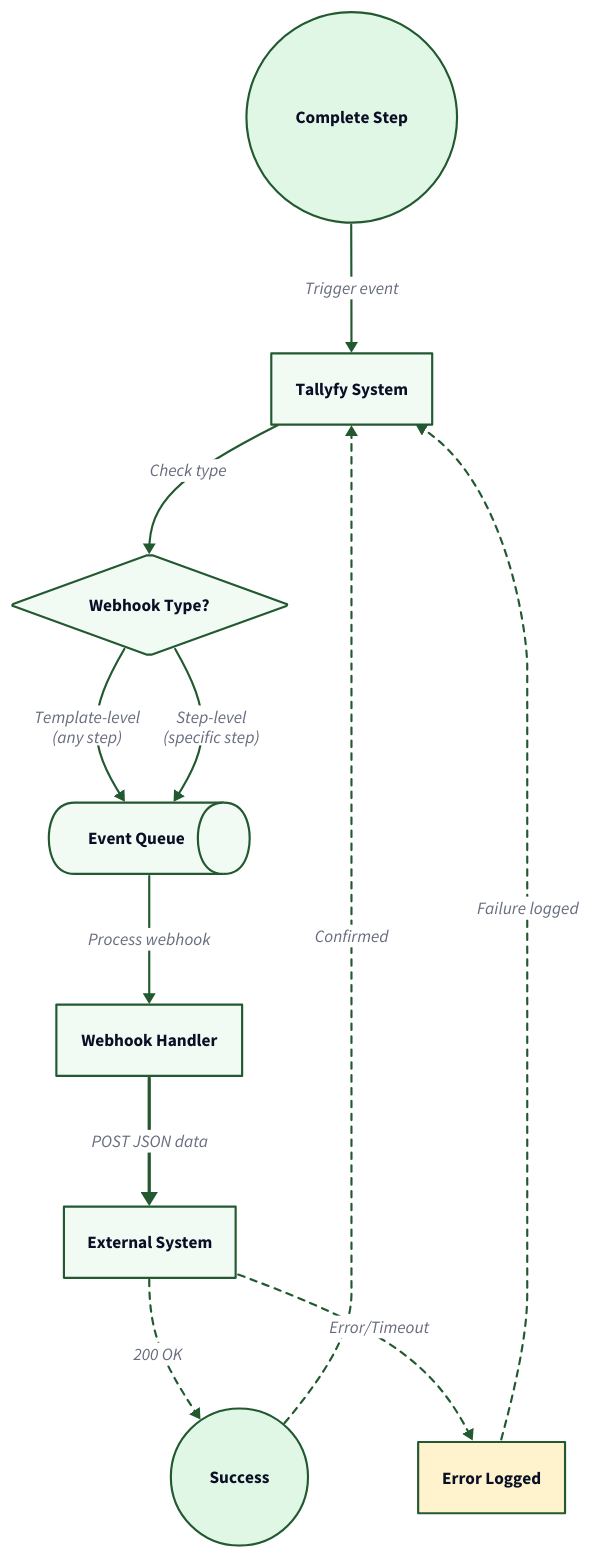
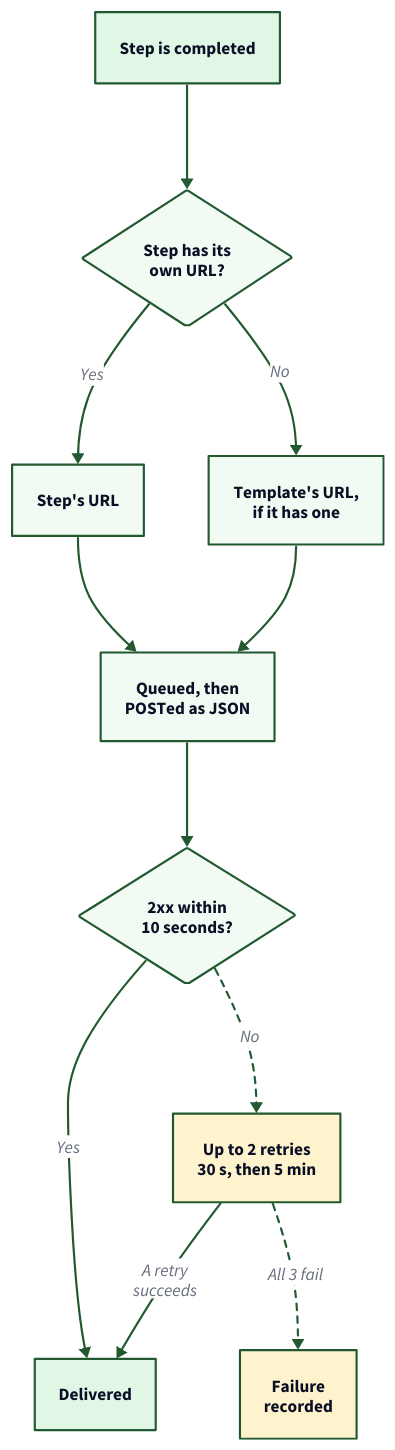
Before and after one commit to tallyfy/documentation: the diagram in src/content/docs/pro/integrations/webhooks/how-to-set-up-webhooks-in-tallyfy.mdx, drawn with D2. The commit also changed 55 other files, not shown here.

First line of the commit message:
Redraw the help docs' diagrams so they read at full size, and fix the wrong ones (#508)

```diff
--- a/src/content/docs/pro/integrations/webhooks/how-to-set-up-webhooks-in-tallyfy.mdx
+++ b/src/content/docs/pro/integrations/webhooks/how-to-set-up-webhooks-in-tallyfy.mdx
@@ -51,106 +51,82 @@
 # Webhook Event Flow
 direction: down
 
-# Start Event
-Complete_Step: Complete Step {
-  shape: circle
+Event: "Step is completed" {
   style.fill: "#e1f7e6"
-  style.stroke: "#225930"
-  style.stroke-width: 2
-}
-
-# Core Components
-Tallyfy: Tallyfy System {
-  shape: rectangle
-  style.fill: "#f2faf4"
   style.stroke: "#225930"
 }
 
-Event_Queue: Event Queue {
-  shape: queue
-  style.fill: "#f2faf4"
-  style.stroke: "#225930"
-}
-
-Webhook_Handler: Webhook Handler {
-  shape: rectangle
-  style.fill: "#f2faf4"
-  style.stroke: "#225930"
-}
-
-External_System: External System {
-  shape: rectangle
-  style.fill: "#f2faf4"
-  style.stroke: "#225930"
-}
-
-# Webhook Type Decision
-Webhook_Type: Webhook Type? {
+Which: "Step has its\nown URL?" {
   shape: diamond
   style.fill: "#f2faf4"
   style.stroke: "#225930"
 }
 
-# Success and Failure Paths
-Success_Response: Success {
-  shape: circle
+StepURL: "Step's URL" {
+  style.fill: "#f2faf4"
+  style.stroke: "#225930"
+}
+
+TplURL: "Template's URL,\nif it has one" {
+  style.fill: "#f2faf4"
+  style.stroke: "#225930"
+}
+
+Send: "Queued, then\nPOSTed as JSON" {
+  style.fill: "#f2faf4"
+  style.stroke: "#225930"
+}
+
+Answer: "2xx within\n10 seconds?" {
+  shape: diamond
+  style.fill: "#f2faf4"
+  style.stroke: "#225930"
+}
+
+Done: "Delivered" {
   style.fill: "#e1f7e6"
   style.stroke: "#225930"
-  style.stroke-width: 2
 }
 
-Failure_Handler: Error Logged {
-  shape: rectangle
+Retry: "Up to 2 retries\n30 s, then 5 min" {
   style.fill: "#fff3cd"
   style.stroke: "#225930"
 }
 
-# Main Flow
-Complete_Step -> Tallyfy: Trigger event {
-  style.stroke: "#225930"
-  style.stroke-width: 2
-}
-
-Tallyfy -> Webhook_Type: Check type {
+Fail: "Failure\nrecorded" {
+  style.fill: "#fff3cd"
   style.stroke: "#225930"
 }
 
-Webhook_Type -> Event_Queue: Template-level\n(any step) {
+Event -> Which: {
   style.stroke: "#225930"
 }
-
-Webhook_Type -> Event_Queue: Step-level\n(specific step) {
+Which -> StepURL: Yes {
   style.stroke: "#225930"
 }
-
-Event_Queue -> Webhook_Handler: Process webhook {
+Which -> TplURL: No {
   style.stroke: "#225930"
-  style.stroke-width: 2
 }
-
-Webhook_Handler -> External_System: POST JSON data {
+StepURL -> Send: {
   style.stroke: "#225930"
-  style.stroke-width: 3
 }
-
-# Success Path
-External_System -> Success_Response: 200 OK {
+TplURL -> Send: {
+  style.stroke: "#225930"
+}
+Send -> Answer: {
+  style.stroke: "#225930"
+}
+Answer -> Done: Yes {
+  style.stroke: "#225930"
+}
+Answer -> Retry: No {
   style.stroke: "#225930"
   style.stroke-dash: 3
 }
-
-Success_Response -> Tallyfy: Confirmed {
+Retry -> Done: "A retry\nsucceeds" {
   style.stroke: "#225930"
-  style.stroke-dash: 3
 }
-
-# Failure Path
-External_System -> Failure_Handler: Error/Timeout {
-  style.stroke: "#225930"
-  style.stroke-dash: 3
-}
-
-Failure_Handler -> Tallyfy: Failure logged {
+Retry -> Fail: "All 3 fail" {
   style.stroke: "#225930"
   style.stroke-dash: 3
 }
```
